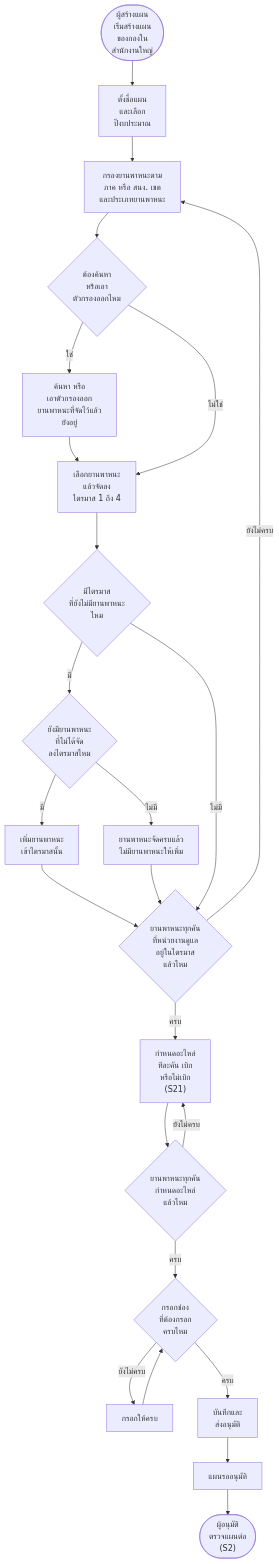
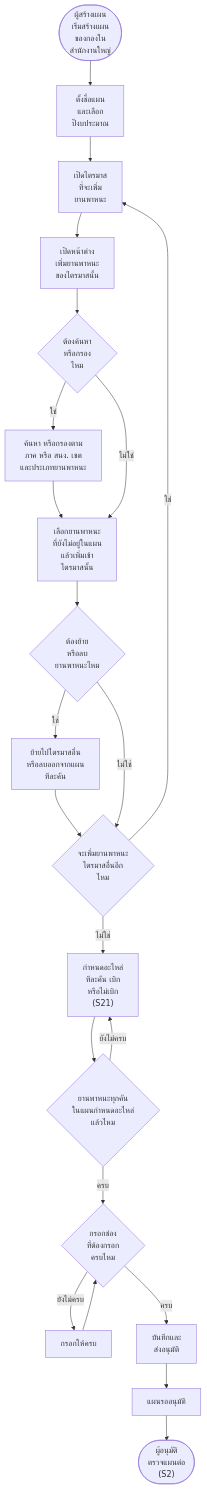
The first of 17 diagrams in Diagram/01-บำรุงรักษาตามวาระ/27-บำรุงรักษา-flowchart-กิจกรรม.md (anugmail/Maintenance-Request-Form), drawn with Mermaid before and after one commit. The commit also changed other lines of this file and 10 other files, not shown here.

````diff
--- a/Diagram/01-บำรุงรักษาตามวาระ/27-บำรุงรักษา-flowchart-กิจกรรม.md
+++ b/Diagram/01-บำรุงรักษาตามวาระ/27-บำรุงรักษา-flowchart-กิจกรรม.md
@@ -20,26 +22,24 @@
 ```mermaid
 flowchart TD
     S(["ผู้สร้างแผน<br/>เริ่มสร้างแผน<br/>ของกองใน<br/>สำนักงานใหญ่"]) --> A1["ตั้งชื่อแผน<br/>และเลือก<br/>ปีงบประมาณ"]
-    A1 --> A2["กรองยานพาหนะตาม<br/>ภาค หรือ สนง. เขต<br/>และประเภทยานพาหนะ"]
-    A2 --> Q1{"ต้องค้นหา<br/>หรือเอา<br/>ตัวกรองออกไหม"}
-    Q1 -->|ใช่| A3["ค้นหา หรือ<br/>เอาตัวกรองออก<br/>ยานพาหนะที่จัดไว้แล้ว<br/>ยังอยู่"]
-    A3 --> A4
-    Q1 -->|ไม่ใช่| A4["เลือกยานพาหนะ<br/>แล้วจัดลง<br/>ไตรมาส 1 ถึง 4"]
-    A4 --> Q2{"มีไตรมาส<br/>ที่ยังไม่มียานพาหนะ<br/>ไหม"}
-    Q2 -->|มี| Q3{"ยังมียานพาหนะ<br/>ที่ไม่ได้จัด<br/>ลงไตรมาสไหม"}
-    Q3 -->|มี| A5["เพิ่มยานพาหนะ<br/>เข้าไตรมาสนั้น"]
-    Q3 -->|ไม่มี| A6["ยานพาหนะจัดครบแล้ว<br/>ไม่มียานพาหนะให้เพิ่ม"]
-    A5 --> Q5
-    A6 --> Q5
-    Q2 -->|ไม่มี| Q5{"ยานพาหนะทุกคัน<br/>ที่หน่วยงานดูแล<br/>อยู่ในไตรมาส<br/>แล้วไหม"}
-    Q5 -->|ยังไม่ครบ| A2
-    Q5 -->|ครบ| A7["กำหนดอะไหล่<br/>ทีละคัน เบิก<br/>หรือไม่เบิก<br/>(S21)"]
-    A7 --> Q4{"ยานพาหนะทุกคัน<br/>กำหนดอะไหล่<br/>แล้วไหม"}
+    A1 --> A2["เปิดไตรมาส<br/>ที่จะเพิ่ม<br/>ยานพาหนะ"]
+    A2 --> A3["เปิดหน้าต่าง<br/>เพิ่มยานพาหนะ<br/>ของไตรมาสนั้น"]
+    A3 --> Q1{"ต้องค้นหา<br/>หรือกรอง<br/>ไหม"}
+    Q1 -->|ใช่| A4["ค้นหา หรือกรองตาม<br/>ภาค หรือ สนง. เขต<br/>และประเภทยานพาหนะ"]
+    A4 --> A5
+    Q1 -->|ไม่ใช่| A5["เลือกยานพาหนะ<br/>ที่ยังไม่อยู่ในแผน<br/>แล้วเพิ่มเข้า<br/>ไตรมาสนั้น"]
+    A5 --> Q2{"ต้องย้าย<br/>หรือลบ<br/>ยานพาหนะไหม"}
+    Q2 -->|ใช่| A6["ย้ายไปไตรมาสอื่น<br/>หรือลบออกจากแผน<br/>ทีละคัน"]
+    A6 --> Q3
+    Q2 -->|ไม่ใช่| Q3{"จะเพิ่มยานพาหนะ<br/>ไตรมาสอื่นอีก<br/>ไหม"}
+    Q3 -->|ใช่| A2
+    Q3 -->|ไม่ใช่| A7["กำหนดอะไหล่<br/>ทีละคัน เบิก<br/>หรือไม่เบิก<br/>(S21)"]
+    A7 --> Q4{"ยานพาหนะทุกคัน<br/>ในแผนกำหนดอะไหล่<br/>แล้วไหม"}
     Q4 -->|ยังไม่ครบ| A7
     Q4 -->|ครบ| Q6{"กรอกช่อง<br/>ที่ต้องกรอก<br/>ครบไหม"}
     Q6 -->|ยังไม่ครบ| A8["กรอกให้ครบ"]
     A8 --> Q6
     Q6 -->|ครบ| A9["บันทึกและ<br/>ส่งอนุมัติ"]
     A9 --> A10["แผนรออนุมัติ"]
     A10 --> E(["ผู้อนุมัติ<br/>ตรวจแผนต่อ<br/>(S2)"])
 ```
````
